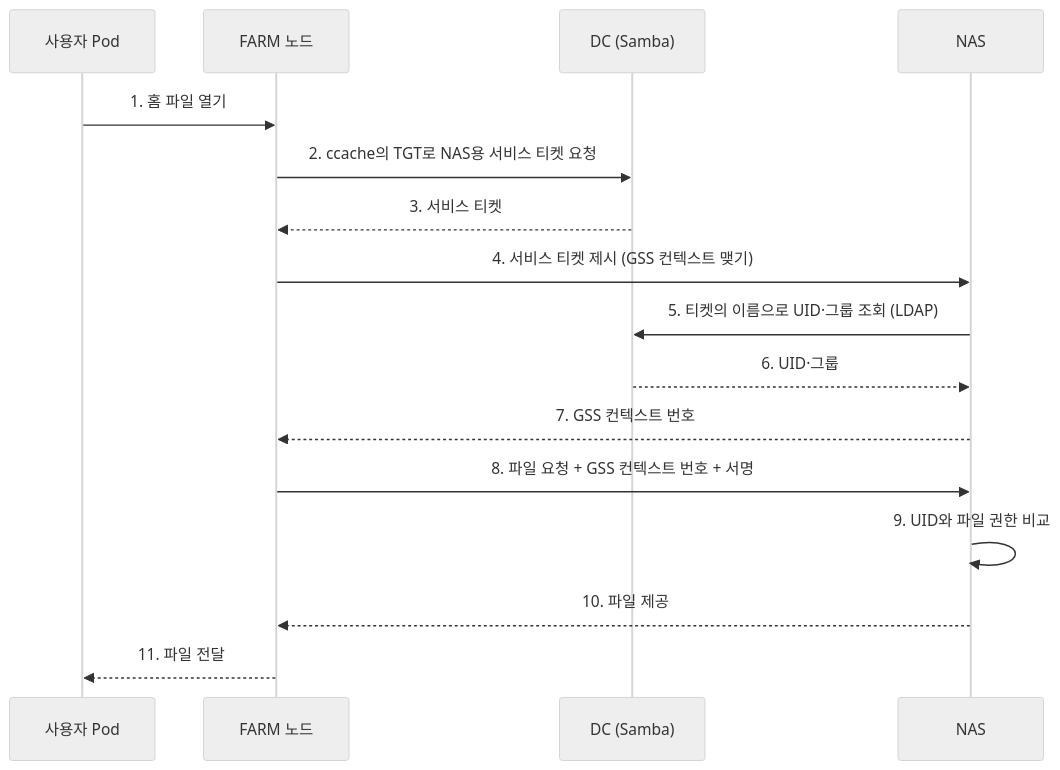
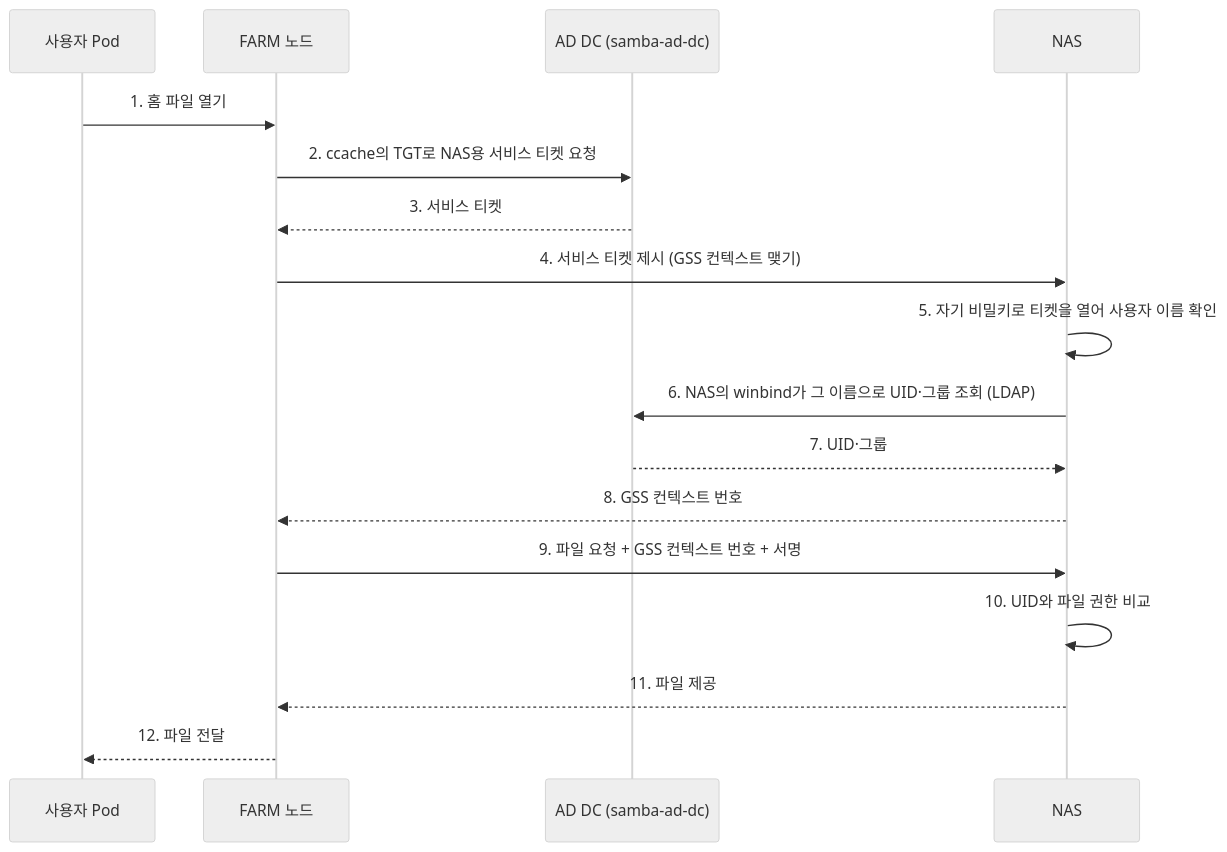
One commit to CSID-DGU/admin_wiki changed the fourth of 10 diagrams in md/infra/design/Kerberos-AD-Samba.md. Above: the diagram before and after it, drawn with Mermaid (neutral theme). The commit also changed other lines of this file, not shown here.

Commit message:
docs: NAS svcgssd 시퀀스 다이어그램 추가

````diff
--- a/md/infra/design/Kerberos-AD-Samba.md
+++ b/md/infra/design/Kerberos-AD-Samba.md
@@ -258,19 +260,20 @@
 ```mermaid
 sequenceDiagram
     participant P as 사용자 Pod
     participant N as FARM 노드
-    participant DC as DC (Samba)
+    participant DC as AD DC (samba-ad-dc)
     participant NAS as NAS
 
     P->>N: 1. 홈 파일 열기
     N->>DC: 2. ccache의 TGT로 NAS용 서비스 티켓 요청
     DC-->>N: 3. 서비스 티켓
     N->>NAS: 4. 서비스 티켓 제시 (GSS 컨텍스트 맺기)
-    NAS->>DC: 5. 티켓의 이름으로 UID·그룹 조회 (LDAP)
-    DC-->>NAS: 6. UID·그룹
-    NAS-->>N: 7. GSS 컨텍스트 번호
-    N->>NAS: 8. 파일 요청 + GSS 컨텍스트 번호 + 서명
-    NAS->>NAS: 9. UID와 파일 권한 비교
-    NAS-->>N: 10. 파일 제공
-    N-->>P: 11. 파일 전달
+    NAS->>NAS: 5. 자기 비밀키로 티켓을 열어 사용자 이름 확인
+    NAS->>DC: 6. NAS의 winbind가 그 이름으로 UID·그룹 조회 (LDAP)
+    DC-->>NAS: 7. UID·그룹
+    NAS-->>N: 8. GSS 컨텍스트 번호
+    N->>NAS: 9. 파일 요청 + GSS 컨텍스트 번호 + 서명
+    NAS->>NAS: 10. UID와 파일 권한 비교
+    NAS-->>N: 11. 파일 제공
+    N-->>P: 12. 파일 전달
 ```
````
